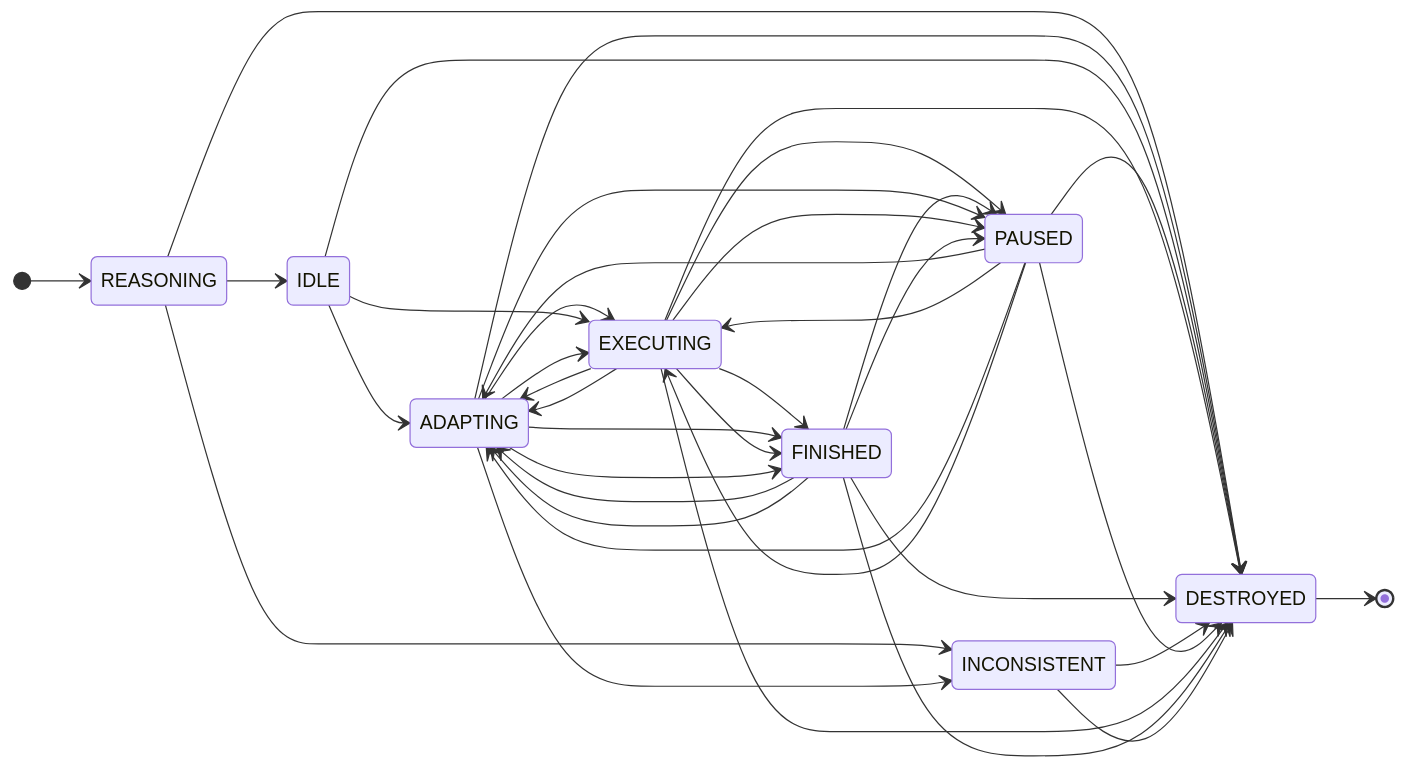
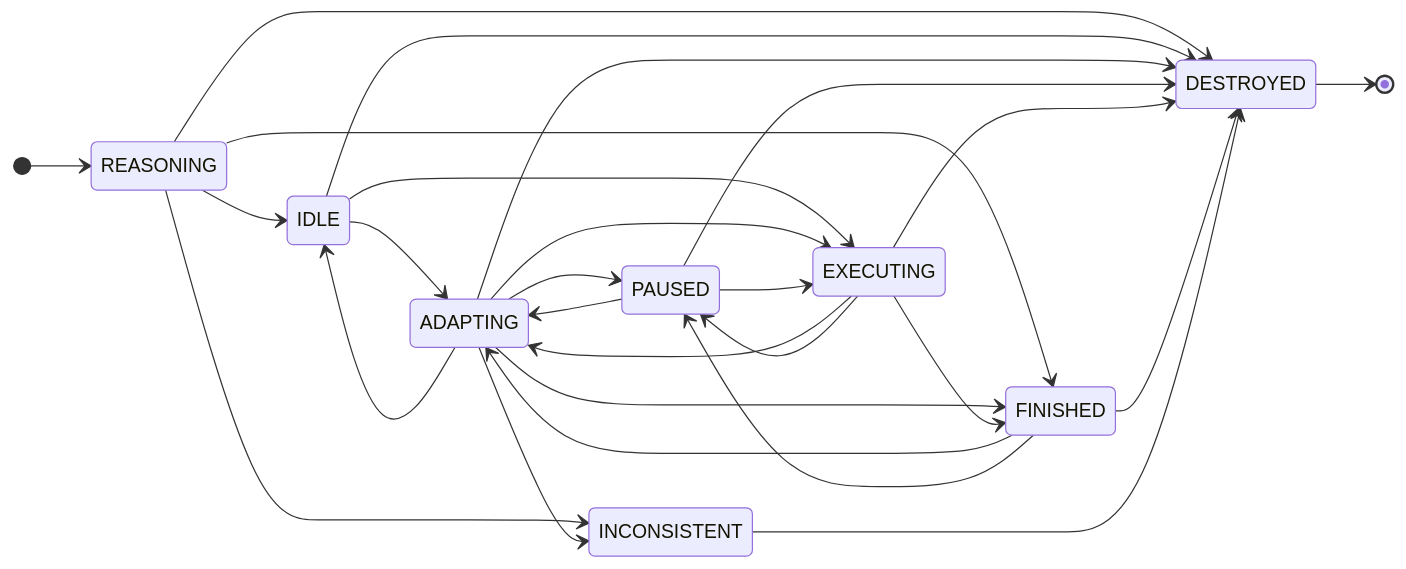
Before and after one commit to ratioSolver/AerialS: the diagram in README.md, drawn with Mermaid.

Commit message:
minor cleanings..

````diff
--- a/README.md
+++ b/README.md
@@ -44,41 +44,30 @@
 ```mermaid
 stateDiagram-v2
     direction LR
     [*] --> REASONING
     DESTROYED --> [*]
     REASONING --> IDLE
     REASONING --> INCONSISTENT
+    REASONING --> FINISHED
     REASONING --> DESTROYED
+    IDLE --> ADAPTING
+    IDLE --> EXECUTING
+    IDLE --> DESTROYED
+    ADAPTING --> IDLE
+    ADAPTING --> PAUSED
+    ADAPTING --> EXECUTING
     ADAPTING --> INCONSISTENT
+    ADAPTING --> FINISHED
     ADAPTING --> DESTROYED
-    IDLE --> ADAPTING
-    IDLE --> DESTROYED
     PAUSED --> ADAPTING
+    PAUSED --> EXECUTING
     PAUSED --> DESTROYED
     EXECUTING --> ADAPTING
-    ADAPTING --> EXECUTING
-    IDLE --> EXECUTING
     EXECUTING --> PAUSED
-    PAUSED --> EXECUTING
     EXECUTING --> FINISHED
     EXECUTING --> DESTROYED
     FINISHED --> ADAPTING
-    ADAPTING --> FINISHED
-    FINISHED --> PAUSED
-    FINISHED --> DESTROYED
-    INCONSISTENT --> DESTROYED
-    PAUSED --> ADAPTING
-    ADAPTING --> PAUSED
-    PAUSED --> DESTROYED
-    EXECUTING --> ADAPTING
-    ADAPTING --> EXECUTING
-    EXECUTING --> PAUSED
-    PAUSED --> EXECUTING
-    EXECUTING --> FINISHED
-    EXECUTING --> DESTROYED
-    FINISHED --> ADAPTING
-    ADAPTING --> FINISHED
     FINISHED --> PAUSED
     FINISHED --> DESTROYED
     INCONSISTENT --> DESTROYED
 ```
````
